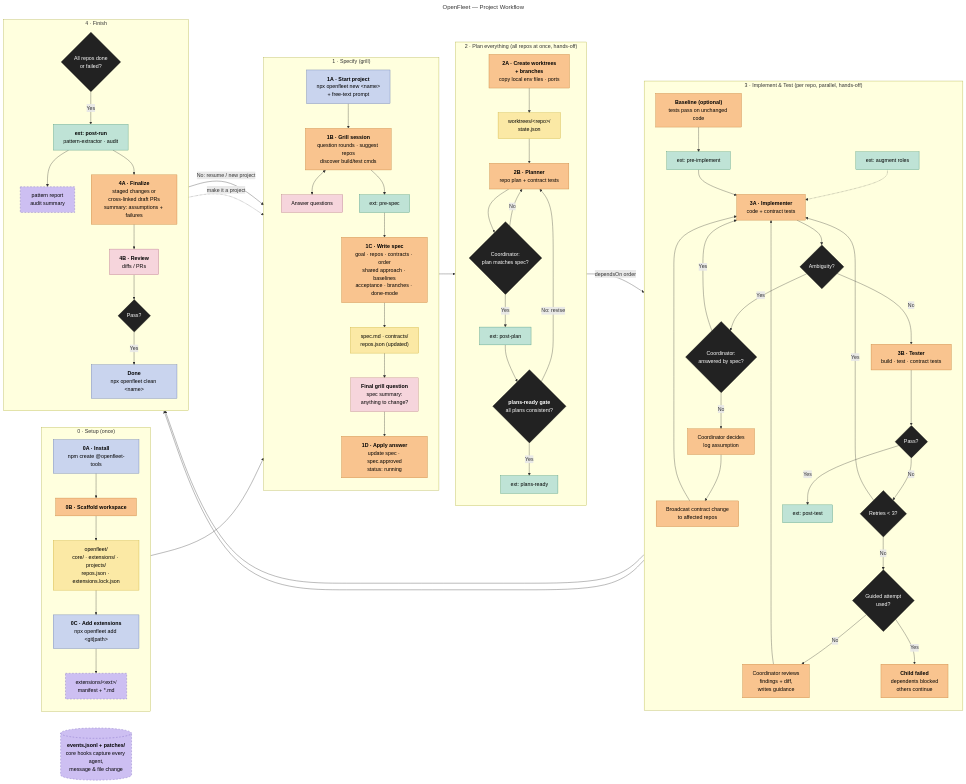
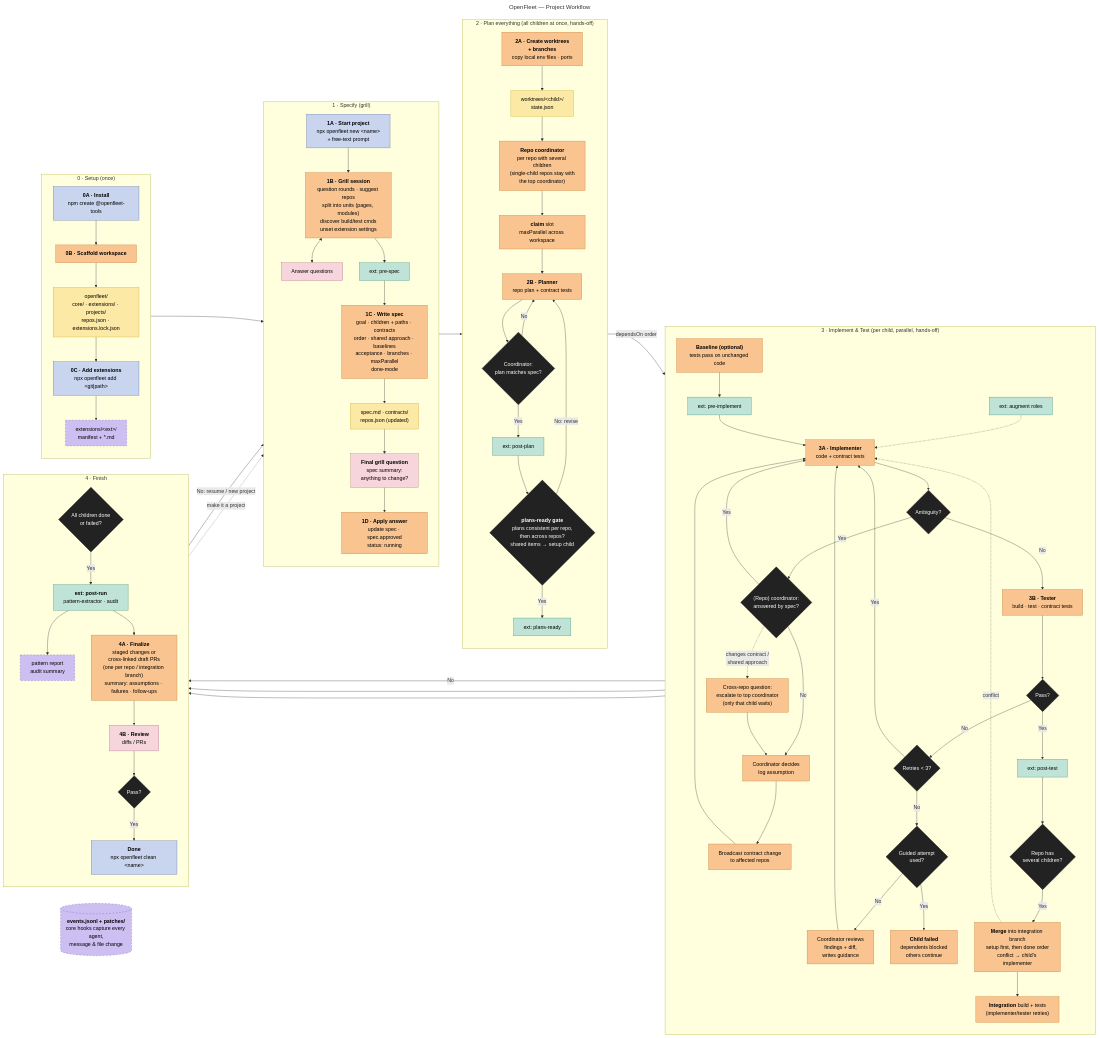
One commit to yashicon21/openfleet changed the diagram in docs/flow.mmd. Above: the diagram before and after it, drawn with Mermaid. The commit also changed 7 other files, not shown here.

```diff
--- a/docs/flow.mmd
+++ b/docs/flow.mmd
@@ -1,114 +1,124 @@
 ---
 title: OpenFleet — Project Workflow
 ---
 flowchart LR
   subgraph S0["0 · Setup (once)"]
     direction TB
     H0["<b>0A · Install</b><br/>npm create @openfleet-tools"]
     C0["<b>0B · Scaffold workspace</b>"]
     F0["openfleet/<br/>core/ · extensions/ · projects/<br/>repos.json · extensions.lock.json"]
     H0b["<b>0C · Add extensions</b><br/>npx openfleet add &lt;git|path&gt;"]
     F0b["extensions/&lt;ext&gt;/<br/>manifest + *.md"]
     H0 --> C0 --> F0 --> H0b --> F0b
   end
 
   subgraph S1["1 · Specify (grill)"]
     direction TB
     H1["<b>1A · Start project</b><br/>npx openfleet new &lt;name&gt;<br/>+ free-text prompt"]
-    C1["<b>1B · Grill session</b><br/>question rounds · suggest repos<br/>discover build/test cmds"]
+    C1["<b>1B · Grill session</b><br/>question rounds · suggest repos<br/>split into units (pages, modules)<br/>discover build/test cmds<br/>unset extension settings"]
     HA["Answer questions"]
     X0["ext: pre-spec"]
-    C2["<b>1C · Write spec</b><br/>goal · repos · contracts · order<br/>shared approach · baselines<br/>acceptance · branches · done-mode"]
+    C2["<b>1C · Write spec</b><br/>goal · children + paths · contracts<br/>order · shared approach · baselines<br/>acceptance · branches · maxParallel<br/>done-mode"]
     F1["spec.md · contracts/<br/>repos.json (updated)"]
     HR["<b>Final grill question</b><br/>spec summary:<br/>anything to change?"]
     CA["<b>1D · Apply answer</b><br/>update spec · spec.approved<br/>status: running"]
     H1 --> C1
     C1 <--> HA
     C1 --> X0 --> C2 --> F1 --> HR --> CA
   end
 
-  subgraph S2["2 · Plan everything (all repos at once, hands-off)"]
+  subgraph S2["2 · Plan everything (all children at once, hands-off)"]
     direction TB
     C3["<b>2A · Create worktrees<br/>+ branches</b><br/>copy local env files · ports"]
-    F2["worktrees/&lt;repo&gt;/<br/>state.json"]
+    F2["worktrees/&lt;child&gt;/<br/>state.json"]
+    RC["<b>Repo coordinator</b><br/>per repo with several children<br/>(single-child repos stay with<br/>the top coordinator)"]
+    CL["<b>claim</b> slot<br/>maxParallel across workspace"]
     P["<b>2B · Planner</b><br/>repo plan + contract tests"]
     DV{"Coordinator:<br/>plan matches spec?"}
     X1["ext: post-plan"]
-    DC{"<b>plans-ready gate</b><br/>all plans consistent?"}
+    DC{"<b>plans-ready gate</b><br/>plans consistent per repo,<br/>then across repos?<br/>shared items → setup child"}
     X4["ext: plans-ready"]
-    C3 --> F2 --> P --> DV
+    C3 --> F2 --> RC --> CL --> P --> DV
     DV -- No --> P
     DV -- Yes --> X1 --> DC
     DC -- "No: revise" --> P
     DC -- Yes --> X4
   end
 
-  subgraph S3["3 · Implement & Test (per repo, parallel, hands-off)"]
+  subgraph S3["3 · Implement & Test (per child, parallel, hands-off)"]
     direction TB
     XA["ext: augment roles"]
     B["<b>Baseline (optional)</b><br/>tests pass on unchanged code"]
     X5["ext: pre-implement"]
     I["<b>3A · Implementer</b><br/>code + contract tests"]
     DQ{"Ambiguity?"}
-    CQ{"Coordinator:<br/>answered by spec?"}
+    CQ{"(Repo) coordinator:<br/>answered by spec?"}
+    CE["Cross-repo question:<br/>escalate to top coordinator<br/>(only that child waits)"]
     CD["Coordinator decides<br/>log assumption"]
     CB["Broadcast contract change<br/>to affected repos"]
     T["<b>3B · Tester</b><br/>build · test · contract tests"]
     DT{"Pass?"}
     DN{"Retries &lt; 3?"}
     DG{"Guided attempt<br/>used?"}
     CG["Coordinator reviews<br/>findings + diff,<br/>writes guidance"]
     CF["<b>Child failed</b><br/>dependents blocked<br/>others continue"]
     X2["ext: post-test"]
+    DM{"Repo has<br/>several children?"}
+    M["<b>Merge</b> into integration branch<br/>setup first, then done order<br/>conflict → child's implementer"]
+    IT["<b>Integration</b> build + tests<br/>(implementer/tester retries)"]
     XA -.-> I
     I --> DQ
     DQ -- Yes --> CQ
     CQ -- Yes --> I
     CQ -- No --> CD --> CB --> I
+    CQ -. "changes contract /<br/>shared approach" .-> CE --> CD
     DQ -- No --> T --> DT
     DT -- No --> DN
     DN -- Yes --> I
     DN -- No --> DG
     DG -- No --> CG --> I
     DG -- Yes --> CF
-    DT -- Yes --> X2
+    DT -- Yes --> X2 --> DM
+    DM -- Yes --> M --> IT
+    M -. conflict .-> I
   end
 
   subgraph S4["4 · Finish"]
     direction TB
-    DA{"All repos done<br/>or failed?"}
+    DA{"All children done<br/>or failed?"}
     X3["<b>ext: post-run</b><br/>pattern-extractor · audit"]
     FX["pattern report<br/>audit summary"]
-    C5["<b>4A · Finalize</b><br/>staged changes or<br/>cross-linked draft PRs<br/>summary: assumptions + failures"]
+    C5["<b>4A · Finalize</b><br/>staged changes or<br/>cross-linked draft PRs<br/>(one per repo / integration branch)<br/>summary: assumptions · failures · follow-ups"]
     HF["<b>4B · Review</b><br/>diffs / PRs"]
     DP{"Pass?"}
     HC["<b>Done</b><br/>npx openfleet clean &lt;name&gt;"]
     DA -- Yes --> X3 --> FX
     X3 --> C5 --> HF --> DP
     DP -- Yes --> HC
   end
 
   EV[("<b>events.jsonl + patches/</b><br/>core hooks capture every agent,<br/>message & file change")]
 
   F0b --> H1
   CA --> C3
   X4 -- "dependsOn order" --> B --> X5 --> I
-  X2 --> DA
+  DM -- No --> DA
+  IT --> DA
   CF --> DA
   DP -- "No: resume / new project" --> H1
   FX -. "make it a project" .-> H1
 
   classDef human fill:#c9d4ee,stroke:#5b6fa8,color:#000
   classDef loop fill:#f6d5dc,stroke:#b0707f,color:#000
   classDef ai fill:#f9c48f,stroke:#c07a30,color:#000
   classDef file fill:#fbe9a5,stroke:#c9a92c,color:#000
   classDef cond fill:#cdbff2,stroke:#6a55b5,stroke-dasharray:5 5,color:#000
   classDef ext fill:#bfe3d6,stroke:#3f8f75,color:#000
   classDef dec fill:#222,stroke:#000,color:#fff
   class H0,H0b,H1,HC human
   class HA,HR,HF loop
-  class C0,C1,C2,CA,C3,CD,CB,CG,CF,C5,P,B,I,T ai
+  class C0,C1,C2,CA,C3,CD,CB,CE,CG,CF,C5,P,B,I,T,RC,CL,M,IT ai
   class F0,F1,F2 file
   class F0b,FX,EV cond
   class X0,X1,XA,X2,X3,X4,X5 ext
-  class DV,DC,CQ,DA,DQ,DT,DN,DG,DP dec
+  class DV,DC,CQ,DA,DQ,DT,DN,DG,DP,DM dec
```
